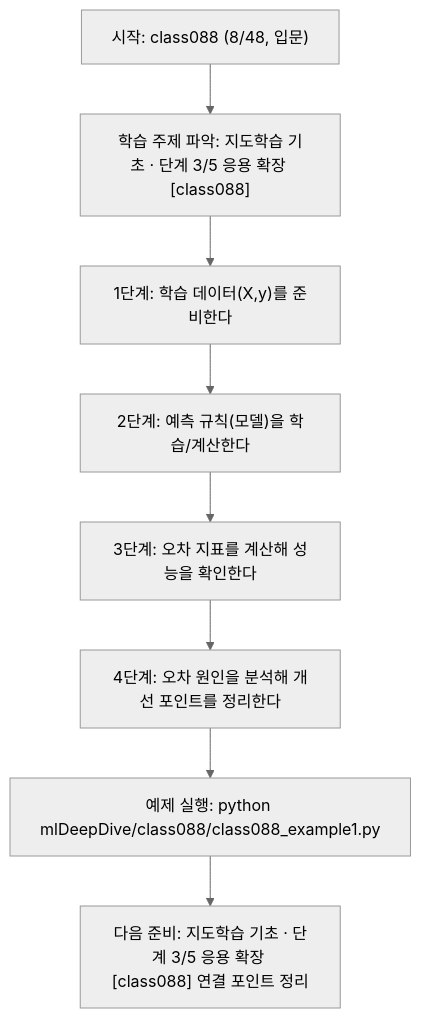
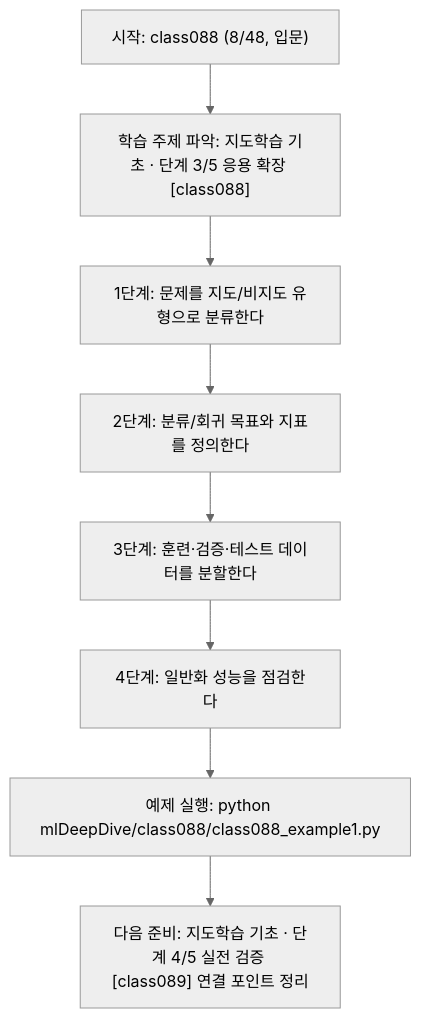
Before and after one commit to edumgt/Python-AI_Agent-Class: the diagram in mlDeepDive/class088/class088.md, drawn with Mermaid (neutral theme). The commit also changed other lines of this file and 338 other files, not shown here.

````diff
--- a/mlDeepDive/class088/class088.md
+++ b/mlDeepDive/class088/class088.md
@@ -109,18 +91,18 @@
 ```mermaid
 flowchart TD
 N1["시작: class088 (8/48, 입문)"]
 N2["학습 주제 파악: 지도학습 기초 · 단계 3/5 응용 확장 [class088]"]
-N3["1단계: 학습 데이터(X,y)를 준비한다"]
-N4["2단계: 예측 규칙(모델)을 학습/계산한다"]
-N5["3단계: 오차 지표를 계산해 성능을 확인한다"]
-N6["4단계: 오차 원인을 분석해 개선 포인트를 정리한다"]
+N3["1단계: 문제를 지도/비지도 유형으로 분류한다"]
+N4["2단계: 분류/회귀 목표와 지표를 정의한다"]
+N5["3단계: 훈련·검증·테스트 데이터를 분할한다"]
+N6["4단계: 일반화 성능을 점검한다"]
 N7["예제 실행: python mlDeepDive/class088/class088_example1.py"]
-N8["다음 준비: 지도학습 기초 · 단계 3/5 응용 확장 [class088] 연결 포인트 정리"]
+N8["다음 준비: 지도학습 기초 · 단계 4/5 실전 검증 [class089] 연결 포인트 정리"]
 N1 --> N2
 N2 --> N3
 N3 --> N4
 N4 --> N5
 N5 --> N6
 N6 --> N7
 N7 --> N8
 ```
````
